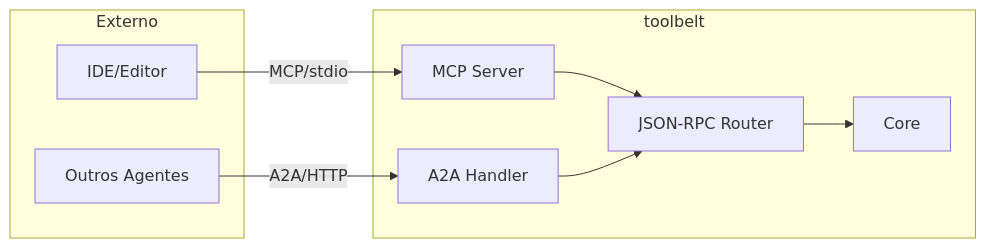
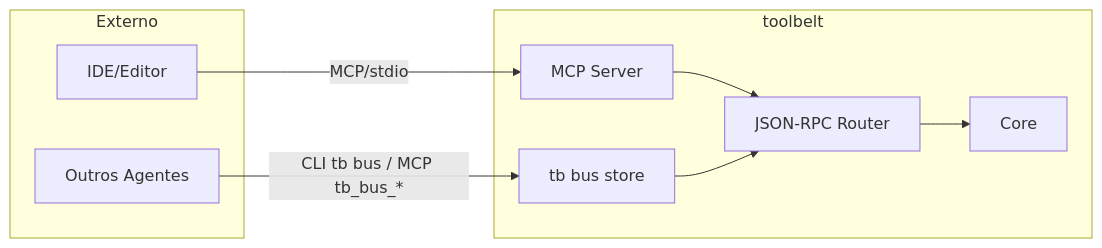
Before and after one commit to leonardo-moraes360/toolbelt: diagram 15 of 17 in docs/pt-BR/arquitetura.md, drawn with Mermaid. The commit also changed other lines of this file and 17 other files, not shown here.

````diff
--- a/docs/pt-BR/arquitetura.md
+++ b/docs/pt-BR/arquitetura.md
@@ -934,20 +900,20 @@
 ```mermaid
 graph LR
     subgraph "Externo"
         IDE[IDE/Editor]
         OTHER[Outros Agentes]
     end
 
     subgraph "toolbelt"
         MCP_S[MCP Server]
-        A2A_S[A2A Handler]
+        BUS_S[tb bus store]
         RPC[JSON-RPC Router]
         CORE[Core]
     end
 
     IDE -->|MCP/stdio| MCP_S
-    OTHER -->|A2A/HTTP| A2A_S
+    OTHER -->|CLI tb bus / MCP tb_bus_*| BUS_S
     MCP_S --> RPC
-    A2A_S --> RPC
+    BUS_S --> RPC
     RPC --> CORE
 ```
````
